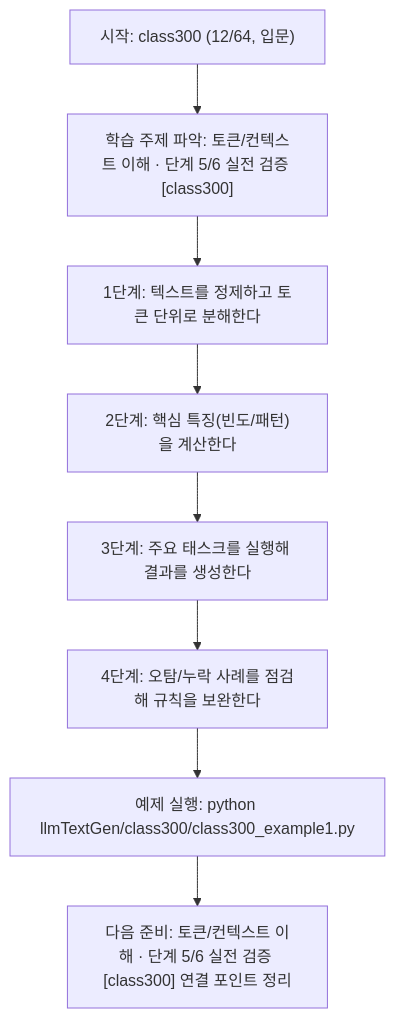
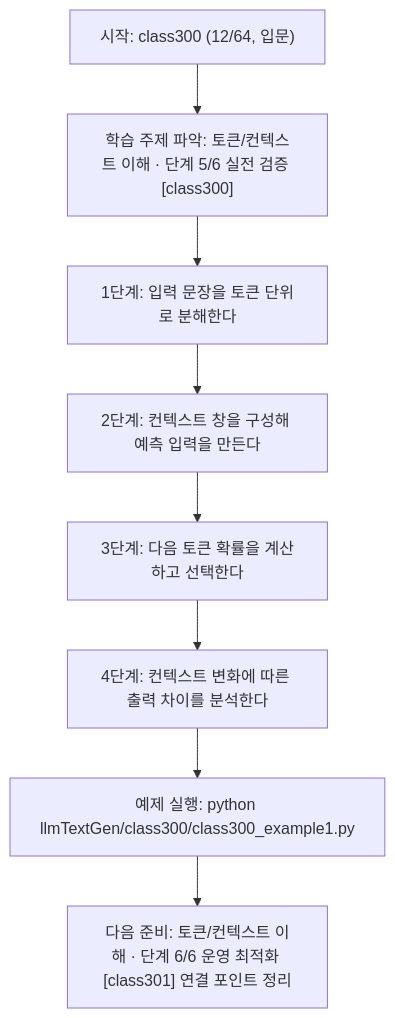
The diagram in llmTextGen/class300/class300.md (edumgt/Python-AI_Agent-Class), drawn with Mermaid before and after one commit. The commit also changed other lines of this file and 451 other files, not shown here.

````diff
--- a/llmTextGen/class300/class300.md
+++ b/llmTextGen/class300/class300.md
@@ -114,18 +95,18 @@
 ```mermaid
 flowchart TD
 N1["시작: class300 (12/64, 입문)"]
 N2["학습 주제 파악: 토큰/컨텍스트 이해 · 단계 5/6 실전 검증 [class300]"]
-N3["1단계: 텍스트를 정제하고 토큰 단위로 분해한다"]
-N4["2단계: 핵심 특징(빈도/패턴)을 계산한다"]
-N5["3단계: 주요 태스크를 실행해 결과를 생성한다"]
-N6["4단계: 오탐/누락 사례를 점검해 규칙을 보완한다"]
+N3["1단계: 입력 문장을 토큰 단위로 분해한다"]
+N4["2단계: 컨텍스트 창을 구성해 예측 입력을 만든다"]
+N5["3단계: 다음 토큰 확률을 계산하고 선택한다"]
+N6["4단계: 컨텍스트 변화에 따른 출력 차이를 분석한다"]
 N7["예제 실행: python llmTextGen/class300/class300_example1.py"]
-N8["다음 준비: 토큰/컨텍스트 이해 · 단계 5/6 실전 검증 [class300] 연결 포인트 정리"]
+N8["다음 준비: 토큰/컨텍스트 이해 · 단계 6/6 운영 최적화 [class301] 연결 포인트 정리"]
 N1 --> N2
 N2 --> N3
 N3 --> N4
 N4 --> N5
 N5 --> N6
 N6 --> N7
 N7 --> N8
 ```
````
